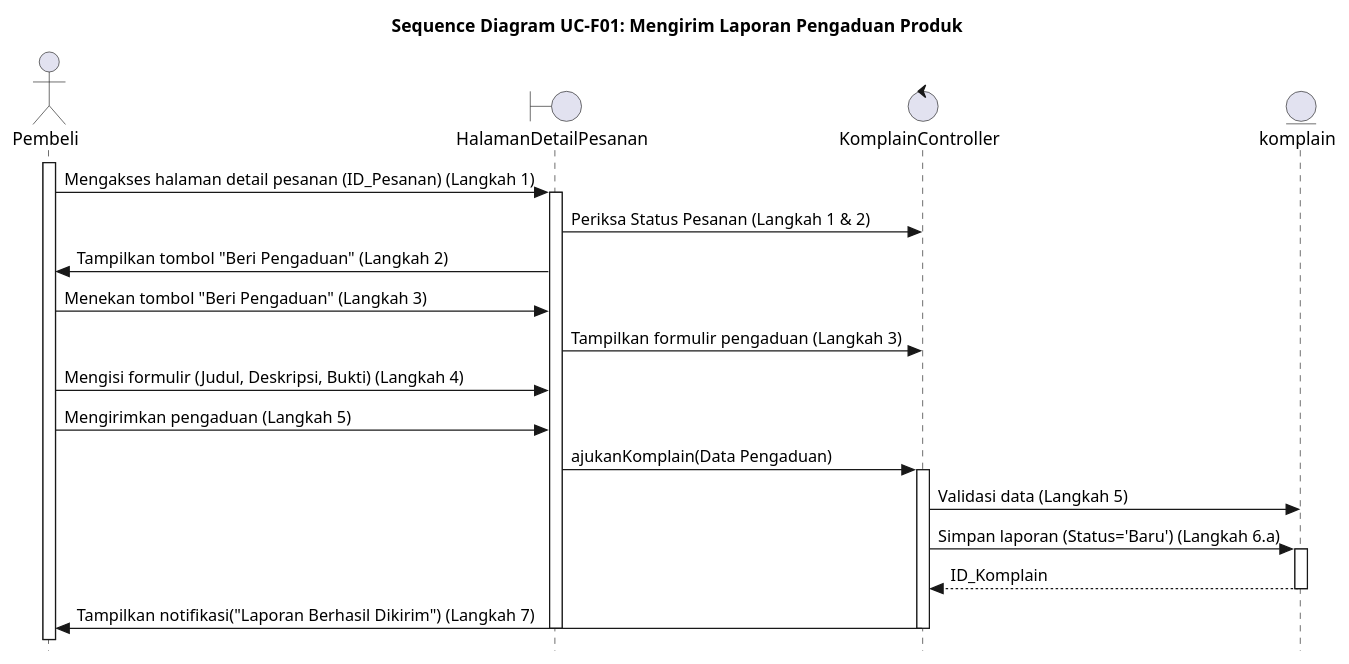
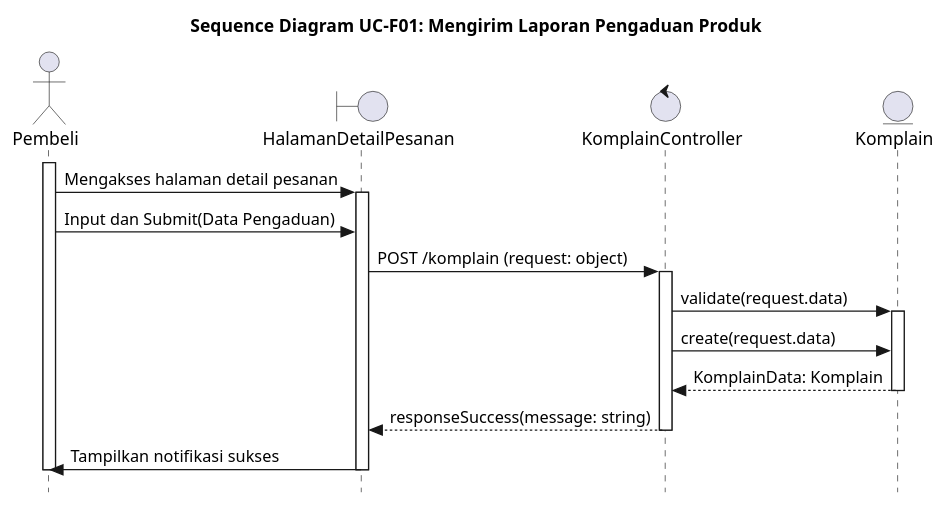
Before and after one commit to alfiahnurfa/RSI-PROYEK-AKHIR-SEQUENCE: the diagram in UC-F01.PUML, drawn with PlantUML. The commit also changed 60 other files, not shown here.

```diff
--- a/UC-F01.PUML
+++ b/UC-F01.PUML
@@ -1,53 +1,33 @@
 @startuml SD-UC-F01_MengirimPengaduan
 title Sequence Diagram UC-F01: Mengirim Laporan Pengaduan Produk
 skinparam style strictuml
 
 actor Pembeli
 boundary HalamanDetailPesanan
 control KomplainController
-entity komplain
-' participant Admin as "Admin\n(Sistem Penerima)"
-
-' box "Sistem Pengaduan"
-'     participant HalamanDetailPesanan
-'     participant KomplainController
-' end box
+entity Komplain
 
 activate Pembeli
-Pembeli -> HalamanDetailPesanan : Mengakses halaman detail pesanan (ID_Pesanan) (Langkah 1)
+Pembeli -> HalamanDetailPesanan : Mengakses halaman detail pesanan
 activate HalamanDetailPesanan
 
-HalamanDetailPesanan -> KomplainController : Periksa Status Pesanan (Langkah 1 & 2)
+Pembeli -> HalamanDetailPesanan : Input dan Submit(Data Pengaduan)
 
-HalamanDetailPesanan -> Pembeli : Tampilkan tombol "Beri Pengaduan" (Langkah 2)
-
-Pembeli -> HalamanDetailPesanan : Menekan tombol "Beri Pengaduan" (Langkah 3)
-HalamanDetailPesanan -> KomplainController : Tampilkan formulir pengaduan (Langkah 3)
-
-Pembeli -> HalamanDetailPesanan : Mengisi formulir (Judul, Deskripsi, Bukti) (Langkah 4)
-
-Pembeli -> HalamanDetailPesanan : Mengirimkan pengaduan (Langkah 5)
-HalamanDetailPesanan -> KomplainController : ajukanKomplain(Data Pengaduan)
+HalamanDetailPesanan -> KomplainController : POST /komplain (request: object)
 activate KomplainController
 
-KomplainController -> komplain : Validasi data (Langkah 5)
-KomplainController -> komplain : Simpan laporan (Status='Baru') (Langkah 6.a)
-activate komplain
-return ID_Komplain
-deactivate komplain
-' KomplainController -> Admin : Teruskan notifikasi laporan baru (Langkah 6.b)
-KomplainController -> Pembeli : Tampilkan notifikasi("Laporan Berhasil Dikirim") (Langkah 7)
+KomplainController -> Komplain : validate(request.data)
+activate Komplain
+
+KomplainController -> Komplain : create(request.data)
+Komplain --> KomplainController : KomplainData: Komplain
+deactivate Komplain
+
+KomplainController --> HalamanDetailPesanan : responseSuccess(message: string)
 deactivate KomplainController
 
-' alt Jika Status = "Selesai" (Main Flow)
-
-' else Jika Status Belum "Selesai" (Alternative Flow 2.a)
-'     HalamanDetailPesanan -> Pembeli : Tombol "Beri Pengaduan" dinonaktifkan / disembunyikan (Langkah 3.a)
-    
-'     note over HalamanDetailPesanan
-'         Pesan: Pengaduan hanya bisa diajukan setelah pesanan selesai.
-'     end note
-' end alt
+HalamanDetailPesanan -> Pembeli : Tampilkan notifikasi sukses
 deactivate HalamanDetailPesanan
+deactivate Pembeli
 
 @enduml
```
